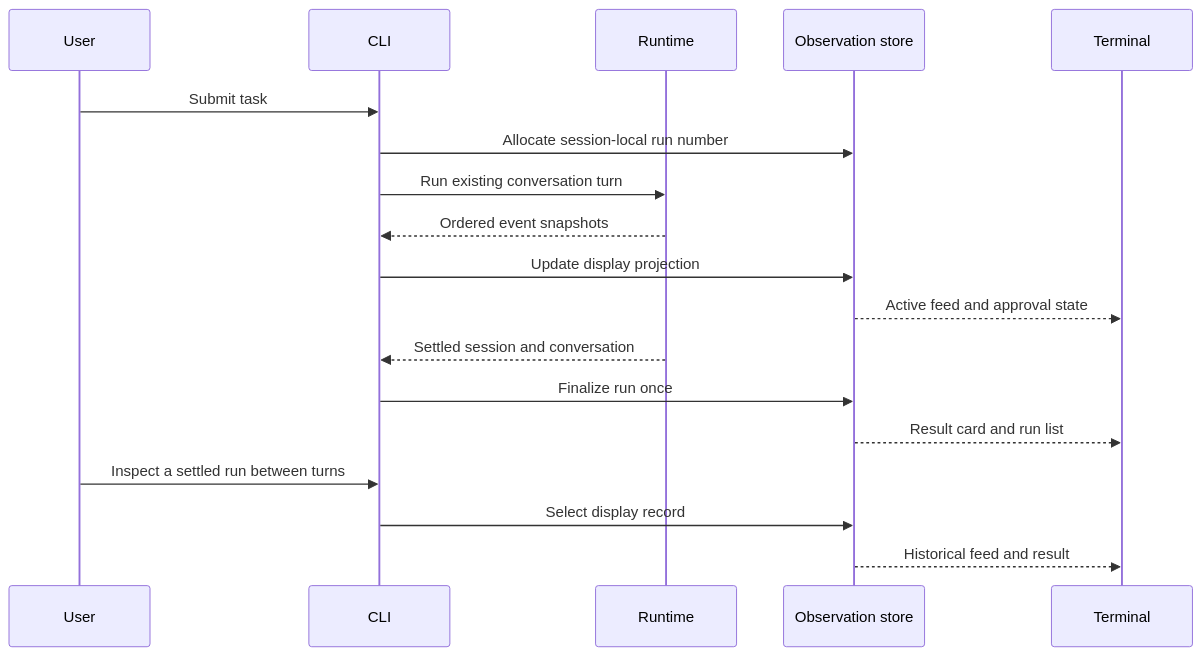
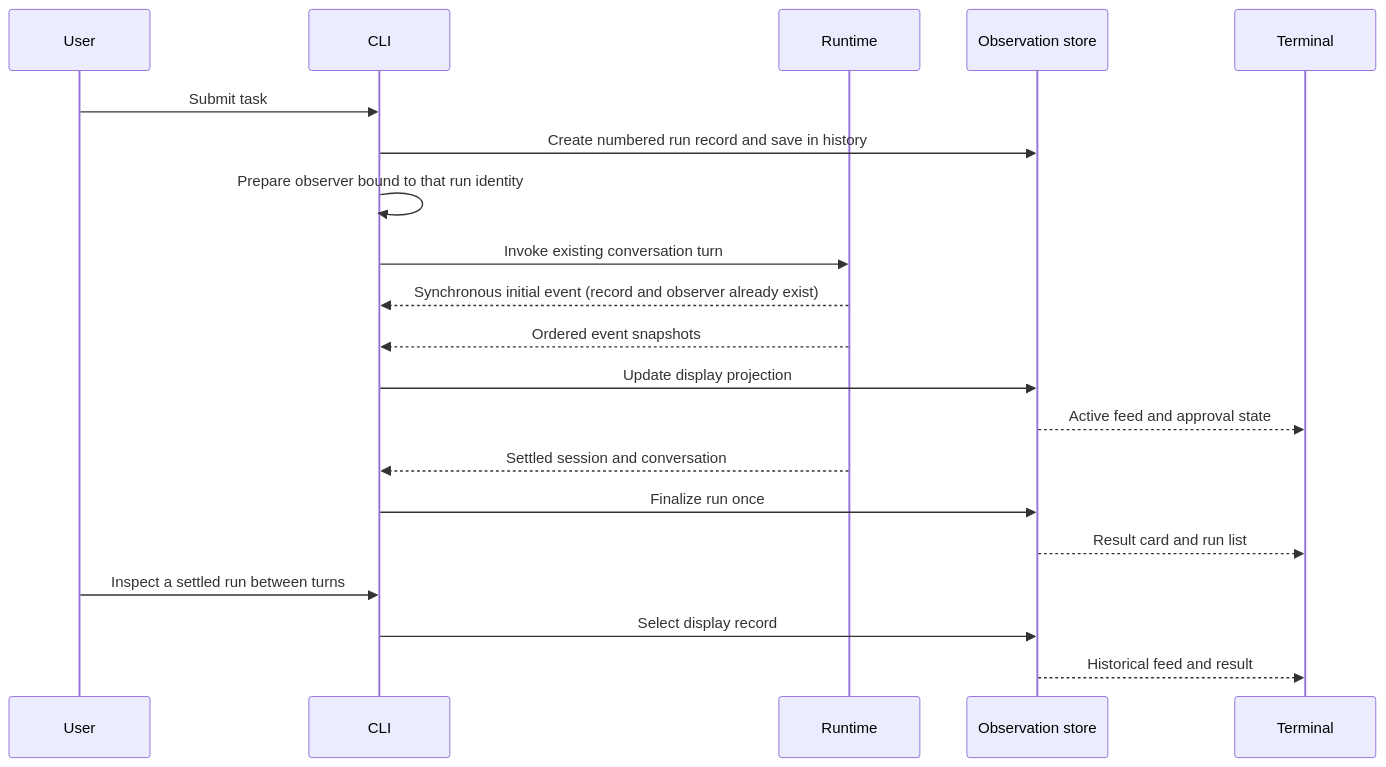
Before and after one commit to briginas/yo: the diagram in docs/plans/active/milestone-4-run-observation.md, drawn with Mermaid. The commit also changed other lines of this file and 3 other files, not shown here.

````diff
--- a/docs/plans/active/milestone-4-run-observation.md
+++ b/docs/plans/active/milestone-4-run-observation.md
@@ -54,20 +54,22 @@
 ```mermaid
 sequenceDiagram
     participant User
     participant CLI
     participant Runtime
     participant Store as Observation store
     participant Terminal
     User->>CLI: Submit task
-    CLI->>Store: Allocate session-local run number
-    CLI->>Runtime: Run existing conversation turn
+    CLI->>Store: Create numbered run record and save in history
+    CLI->>CLI: Prepare observer bound to that run identity
+    CLI->>Runtime: Invoke existing conversation turn
+    Runtime-->>CLI: Synchronous initial event (record and observer already exist)
     Runtime-->>CLI: Ordered event snapshots
     CLI->>Store: Update display projection
     Store-->>Terminal: Active feed and approval state
     Runtime-->>CLI: Settled session and conversation
     CLI->>Store: Finalize run once
     Store-->>Terminal: Result card and run list
     User->>CLI: Inspect a settled run between turns
     CLI->>Store: Select display record
     Store-->>Terminal: Historical feed and result
 ```
````
